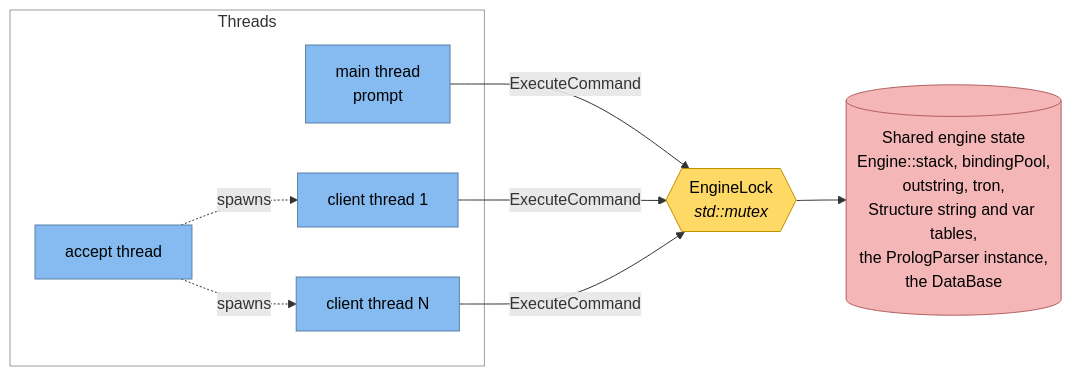
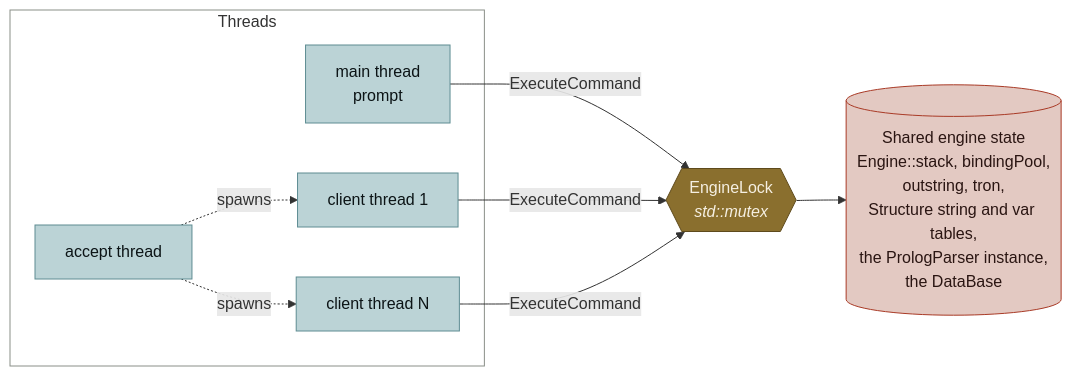
One commit to rock3125/pi changed the fourth of 10 diagrams in docs/c4-model.md. Above: the diagram before and after it, drawn with Mermaid. The commit also changed other lines of this file and 5 other files, not shown here.

````diff
--- a/docs/c4-model.md
+++ b/docs/c4-model.md
@@ -176,28 +228,28 @@
 ```mermaid
 flowchart LR
     subgraph threads["Threads"]
         m["main thread<br/>prompt"]
         a["accept thread"]
         c1["client thread 1"]
         c2["client thread N"]
     end
 
     lock{{"EngineLock<br/><i>std::mutex</i>"}}
     shared[("Shared engine state<br/>Engine::stack, bindingPool,<br/>outstring, tron,<br/>Structure string and var tables,<br/>the PrologParser instance,<br/>the DataBase")]
 
     m -->|"ExecuteCommand"| lock
     c1 -->|"ExecuteCommand"| lock
     c2 -->|"ExecuteCommand"| lock
     a -.->|"spawns"| c1
     a -.->|"spawns"| c2
     lock --> shared
 
-    classDef t fill:#85bbf0,stroke:#5d82a8,color:#000
-    classDef l fill:#ffd966,stroke:#bf9000,color:#000
-    classDef s fill:#f4b6b6,stroke:#b45f5f,color:#000
+    classDef t fill:#BBD3D6,stroke:#5E8C92,color:#0C1416
+    classDef l fill:#8A6F2E,stroke:#5E4A1C,color:#F5EFE2
+    classDef s fill:#E3C9C2,stroke:#A93A26,color:#2A1512
     class m,a,c1,c2 t
     class lock l
     class shared s
 
-    style threads fill:none,stroke:#9aa0a6
+    style threads fill:none,stroke:#8A8F88
 ```
````
